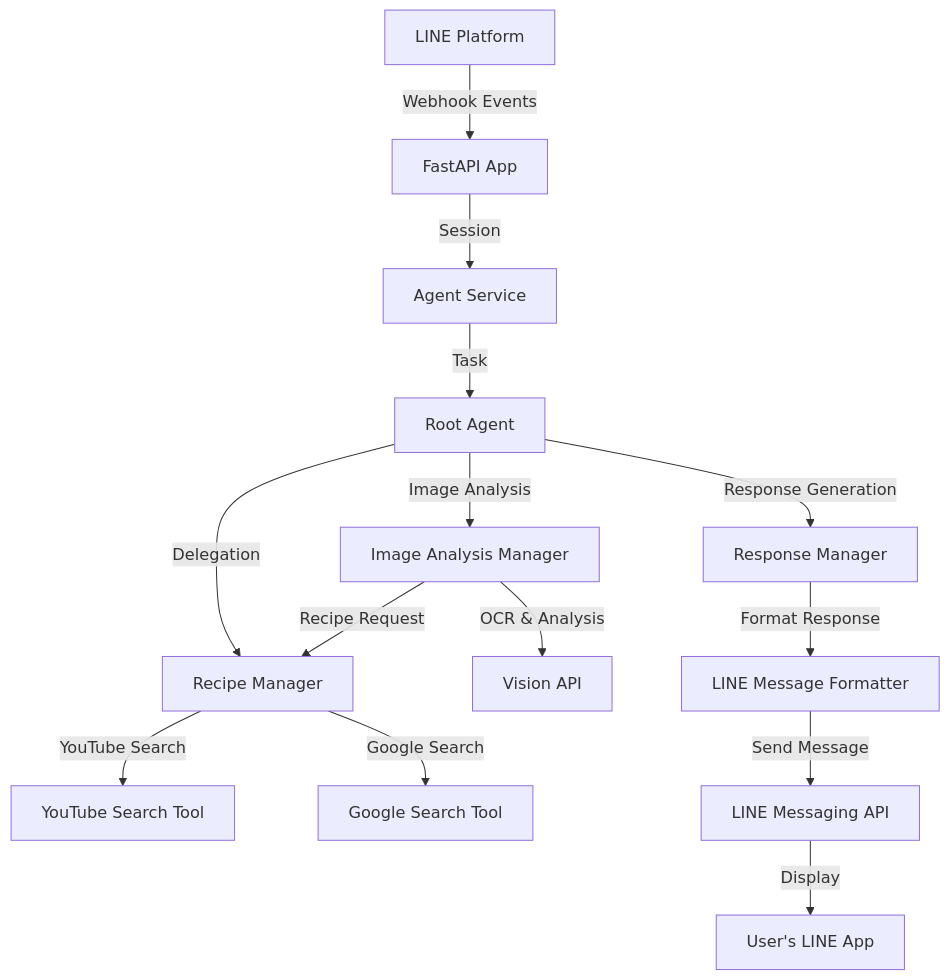
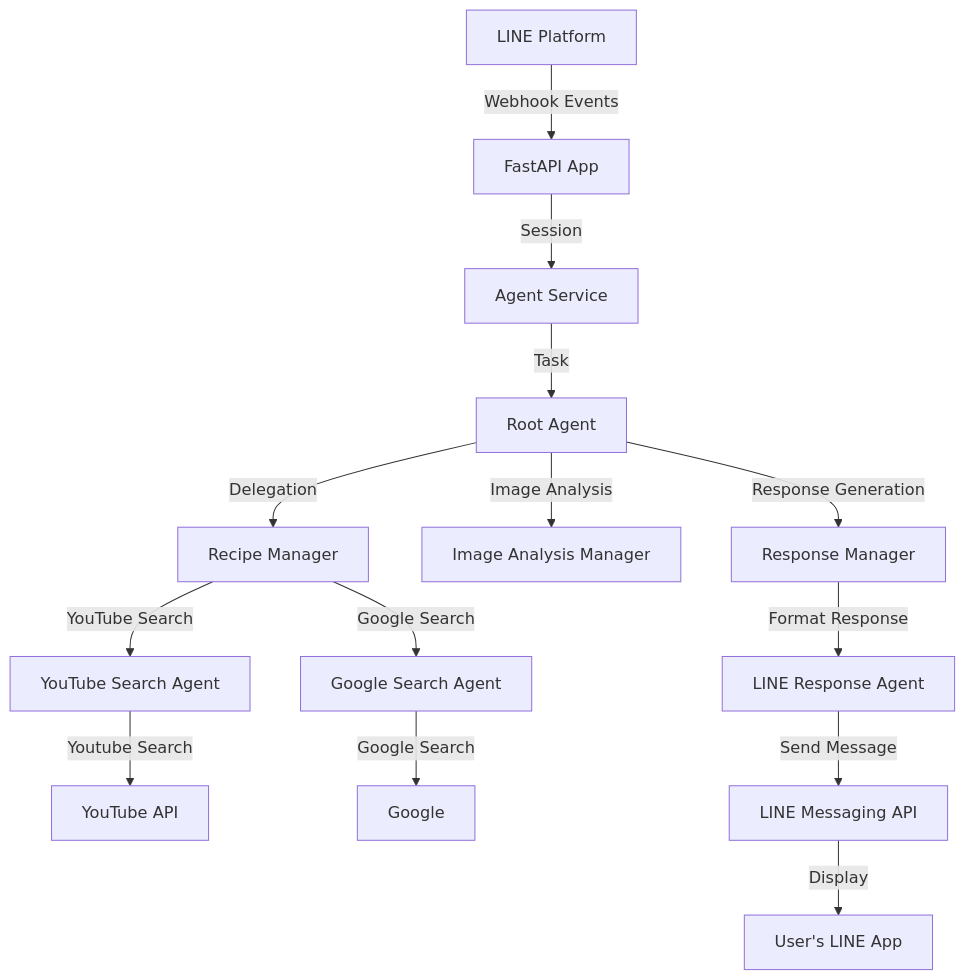
Before and after one commit to Antonnion/zenn-ai-hackathon: the second of 2 diagrams in README.md, drawn with Mermaid. The commit also changed other lines of this file, not shown here.

Commit message:
fix: シーケンス図を修正

````diff
--- a/README.md
+++ b/README.md
@@ -256,16 +251,16 @@
 ```mermaid
 graph TD
     A[LINE Platform] -->|Webhook Events| B[FastAPI App]
     B -->|Session| C[Agent Service]
     C -->|Task| D[Root Agent]
     D -->|Delegation| E[Recipe Manager]
     D -->|Image Analysis| F[Image Analysis Manager]
     D -->|Response Generation| G[Response Manager]
-    E -->|YouTube Search| H[YouTube Search Tool]
-    E -->|Google Search| I[Google Search Tool]
-    F -->|OCR & Analysis| J[Vision API]
-    F -->|Recipe Request| E
-    G -->|Format Response| K[LINE Message Formatter]
+    E -->|YouTube Search| H[YouTube Search Agent]
+    E -->|Google Search| I[Google Search Agent]
+    G -->|Format Response| K[LINE Response Agent]
+    H -->|Youtube Search| N[YouTube API]
+    I -->|Google Search| J[Google]
     K -->|Send Message| L[LINE Messaging API]
     L -->|Display| M[User's LINE App]
 ```
````
